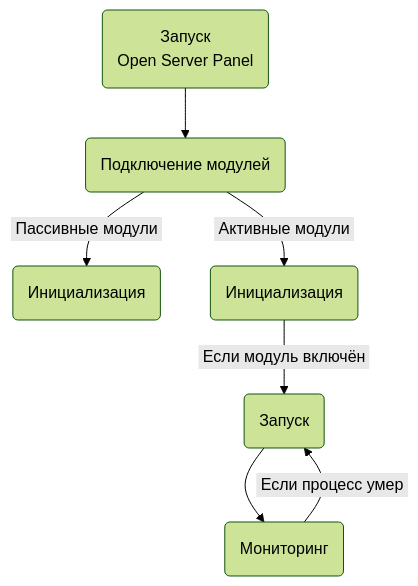
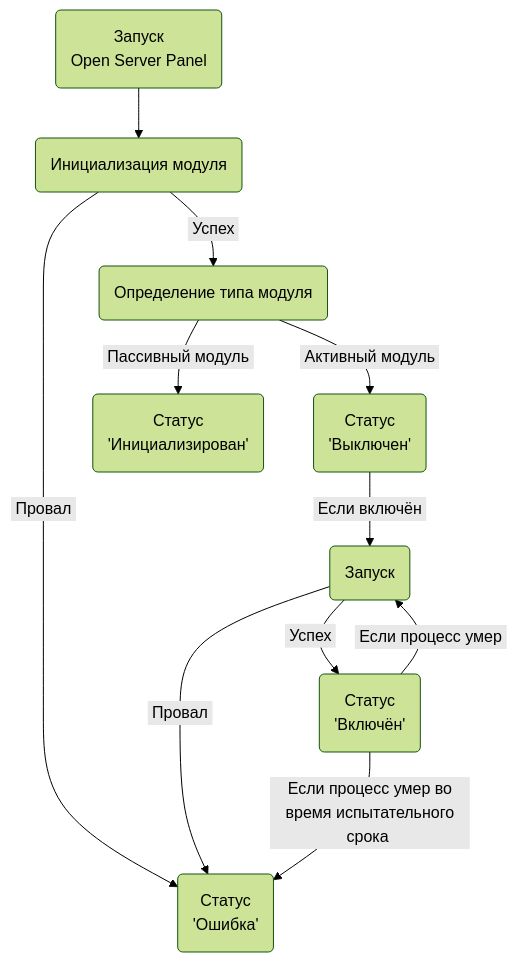
One commit to OSPanel/OpenServerPanel changed the diagram in wiki/Документация.md. Above: the diagram before and after it, drawn with Mermaid.

````diff
--- a/wiki/Документация.md
+++ b/wiki/Документация.md
@@ -376,11 +376,15 @@
 ```mermaid
 %%{init: {'theme':'forest'}}%%
 graph TD;
 
-      A(Запуск<br>Open Server Panel)-->B(Подключение модулей);
-      B-->|"&nbsp;Пассивные модули&nbsp;"| C(Инициализация);
-      B-->|"&nbsp;Активные модули&nbsp;"| D(Инициализация);
-      D-->|"&nbsp;Если модуль включён&nbsp;"| E(Запуск);
-      E-->F(Мониторинг);
-      F-->|"&nbsp;Если процесс умер&nbsp;"| E;
+      A(Запуск<br>Open Server Panel)-->B(Инициализация модуля);
+      B-->|"&nbsp;Провал&nbsp;"| C(Статус<br>'Ошибка');
+      B-->|"&nbsp;Успех&nbsp;"| D(Определение типа модуля);
+      D-->|"&nbsp;Пассивный модуль&nbsp;"| E(Статус<br>'Инициализирован');
+      D-->|"&nbsp;Активный модуль&nbsp;"| F(Статус<br>'Выключен');
+      F-->|"&nbsp;Если включён&nbsp;"| G(Запуск);
+      G-->|"&nbsp;Провал&nbsp;"| C;
+      G-->|"&nbsp;Успех&nbsp;"| H(Статус<br>'Включён');
+      H-->|"&nbsp;Если процесс умер во&nbsp;<br>&nbsp;время испытательного срока&nbsp;"| C;
+      H-->|"&nbsp;Если процесс умер&nbsp;"| G;
 ```
````
